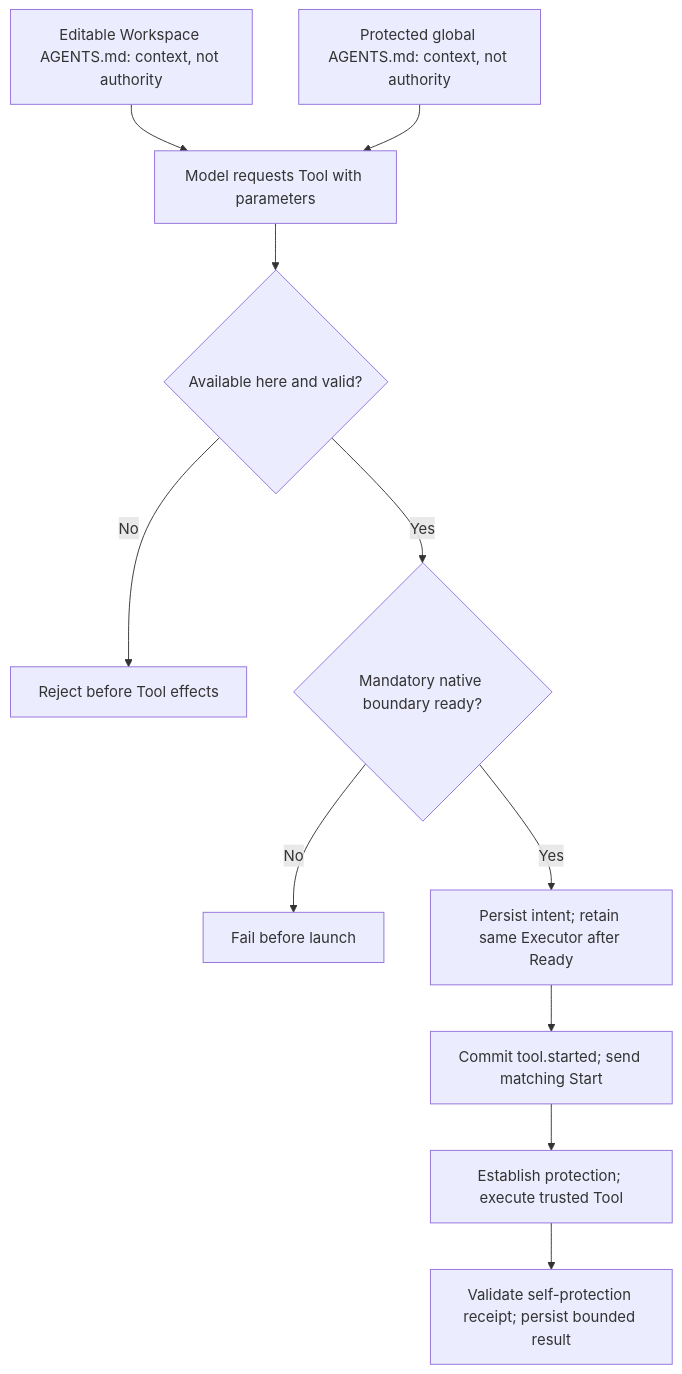
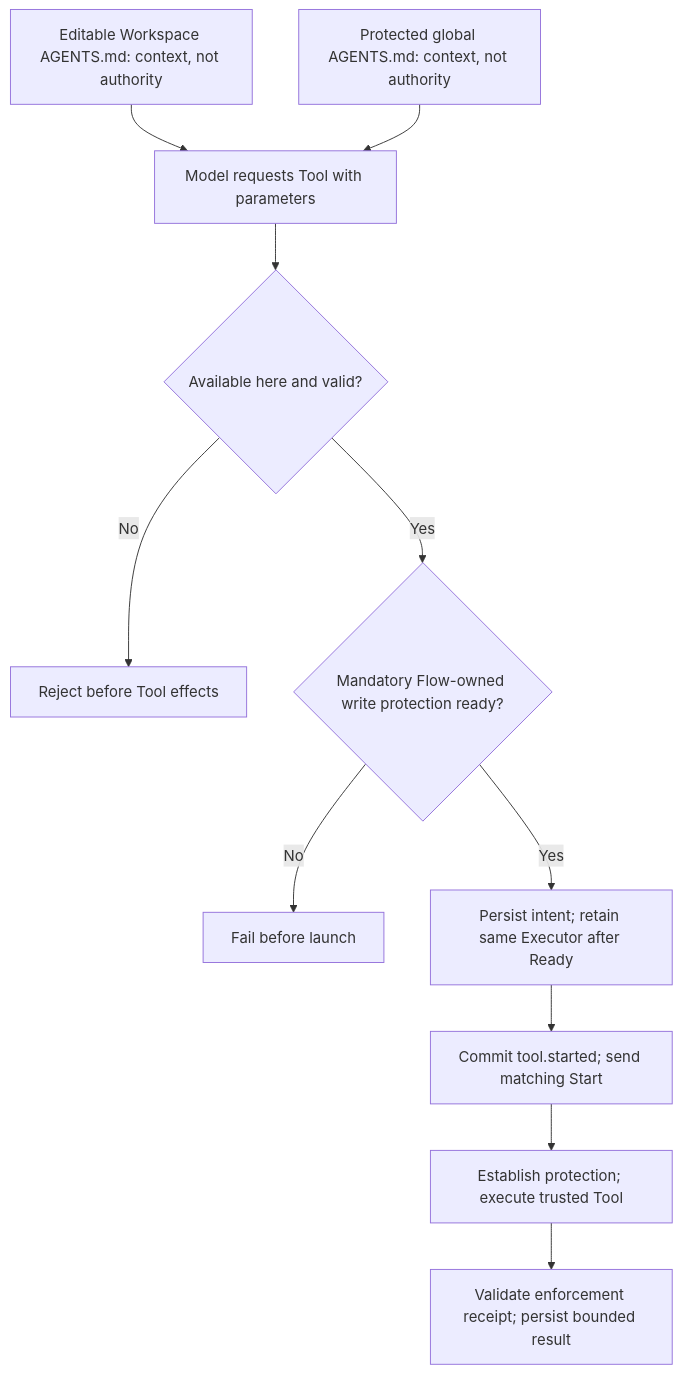
Before and after one commit to Open-Equilibrium/watershed: the first of 9 diagrams in docs/concept/flow-agent-executor-architecture.md, drawn with Mermaid. The commit also changed other lines of this file and 14 other files, not shown here.

First line of the commit message:
docs: name Flow Agent's file protection Flow-owned write protection

````diff
--- a/docs/concept/flow-agent-executor-architecture.md
+++ b/docs/concept/flow-agent-executor-architecture.md
@@ -9,13 +9,13 @@
 ```mermaid
 flowchart TD
   Instructions["Editable Workspace AGENTS.md: context, not authority"] --> Input
   Global["Protected global AGENTS.md: context, not authority"] --> Input
   Input["Model requests Tool with parameters"] --> Check{"Available here and valid?"}
   Check -->|No| Reject["Reject before Tool effects"]
-  Check -->|Yes| Ready{"Mandatory native boundary ready?"}
+  Check -->|Yes| Ready{"Mandatory Flow-owned write protection ready?"}
   Ready -->|No| Stop["Fail before launch"]
   Ready -->|Yes| Intent["Persist intent; retain same Executor after Ready"]
   Intent --> Start["Commit tool.started; send matching Start"]
   Start --> Run["Establish protection; execute trusted Tool"]
-  Run --> Result["Validate self-protection receipt; persist bounded result"]
+  Run --> Result["Validate enforcement receipt; persist bounded result"]
 ```
````
